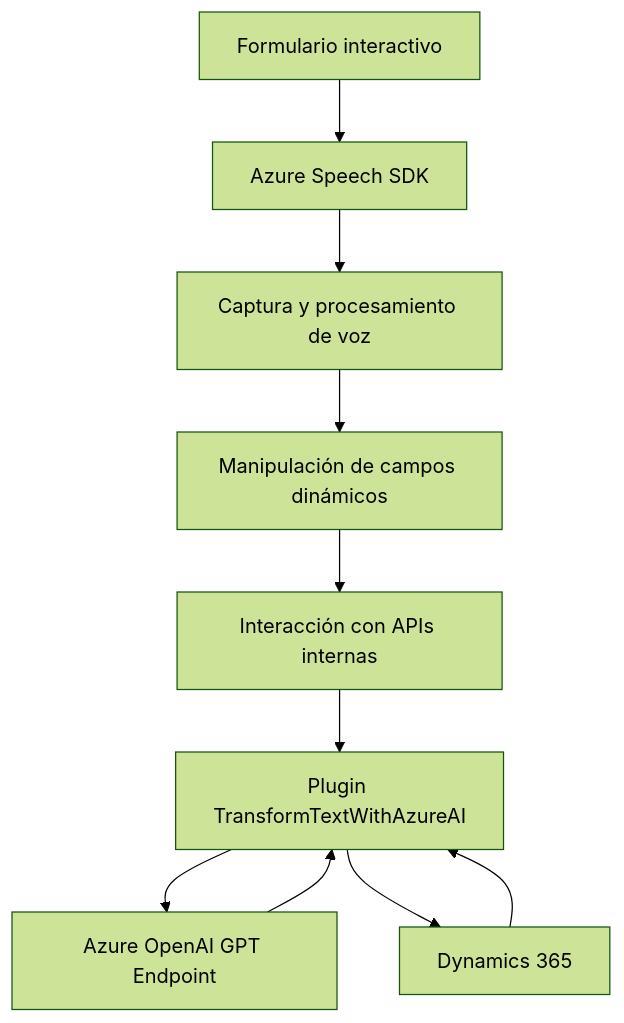
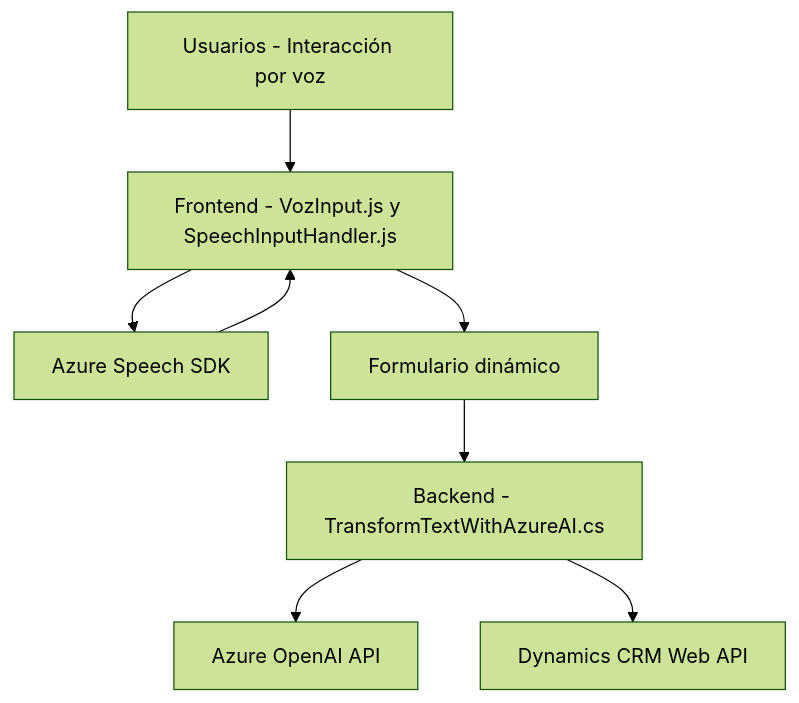
The diagram in README.md (blopezdm/NETCORE_BILBAO2025), drawn with Mermaid (forest theme) before and after one commit. The commit also changed other lines of this file, not shown here.

Commit message:
Actualizar análisis global de la solución con IA

````diff
--- a/README.md
+++ b/README.md
@@ -56,21 +37,18 @@
 ```mermaid
 graph TD
-    A["Formulario interactivo"]
-    B["Azure Speech SDK"]
-    C["Captura y procesamiento de voz"]
-    D["Manipulación de campos dinámicos"]
-    E["Interacción con APIs internas"]
-    F["Plugin TransformTextWithAzureAI"]
-    G["Azure OpenAI GPT Endpoint"]
-    H["Dynamics 365"]
+    A["Frontend - VozInput.js y SpeechInputHandler.js"]
+    B["Backend - TransformTextWithAzureAI.cs"]
+    C["Azure Speech SDK"]
+    D["Azure OpenAI API"]
+    E["Dynamics CRM Web API"]
+    F["Formulario dinámico"]
+    G["Usuarios - Interacción por voz"]
 
-    A --> B
-    B --> C
-    C --> D
-    D --> E
-    E --> F
-    F --> G
-    F --> H
-    G --> F
-    H --> F
+    G --> A
+    A --> F
+    F --> B
+    A --> C
+    B --> D
+    B --> E
+    C --> A
 ```
````
